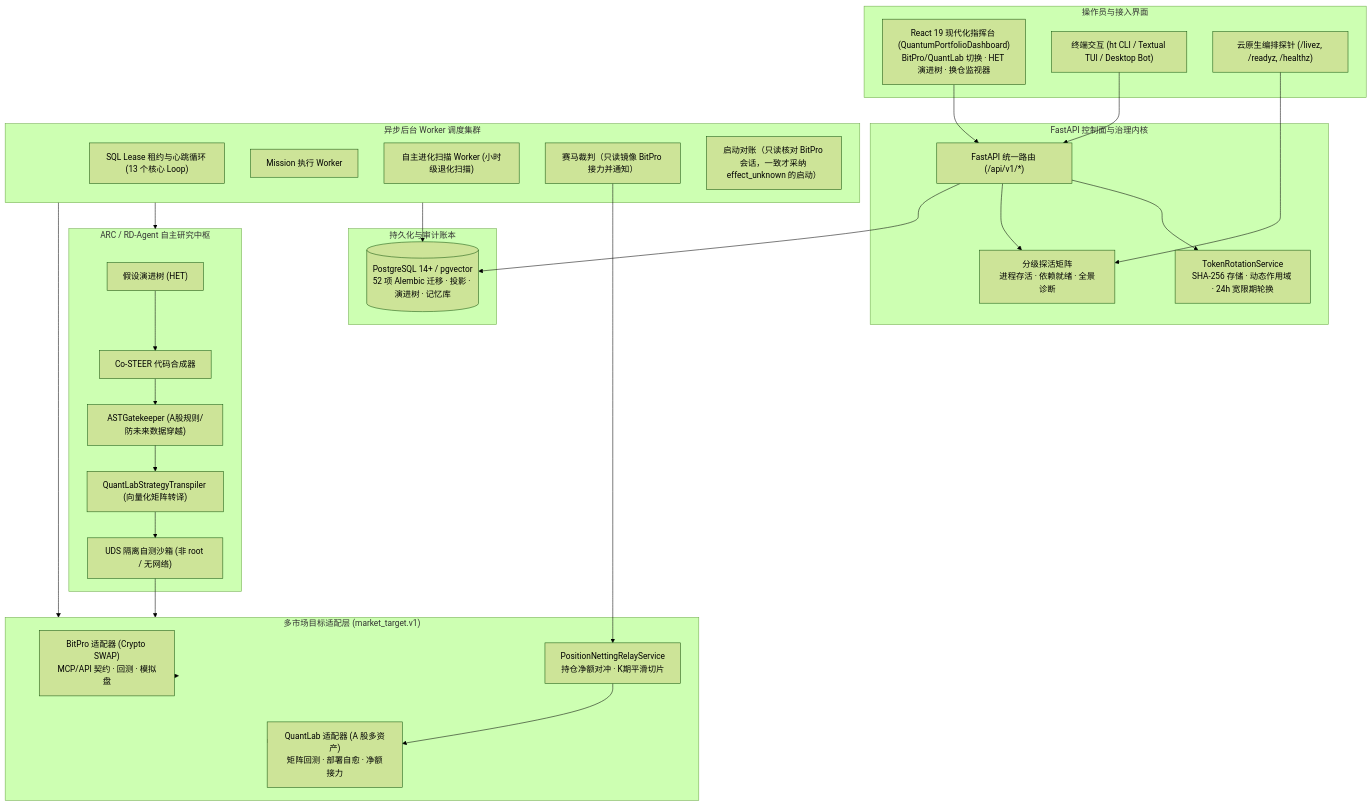
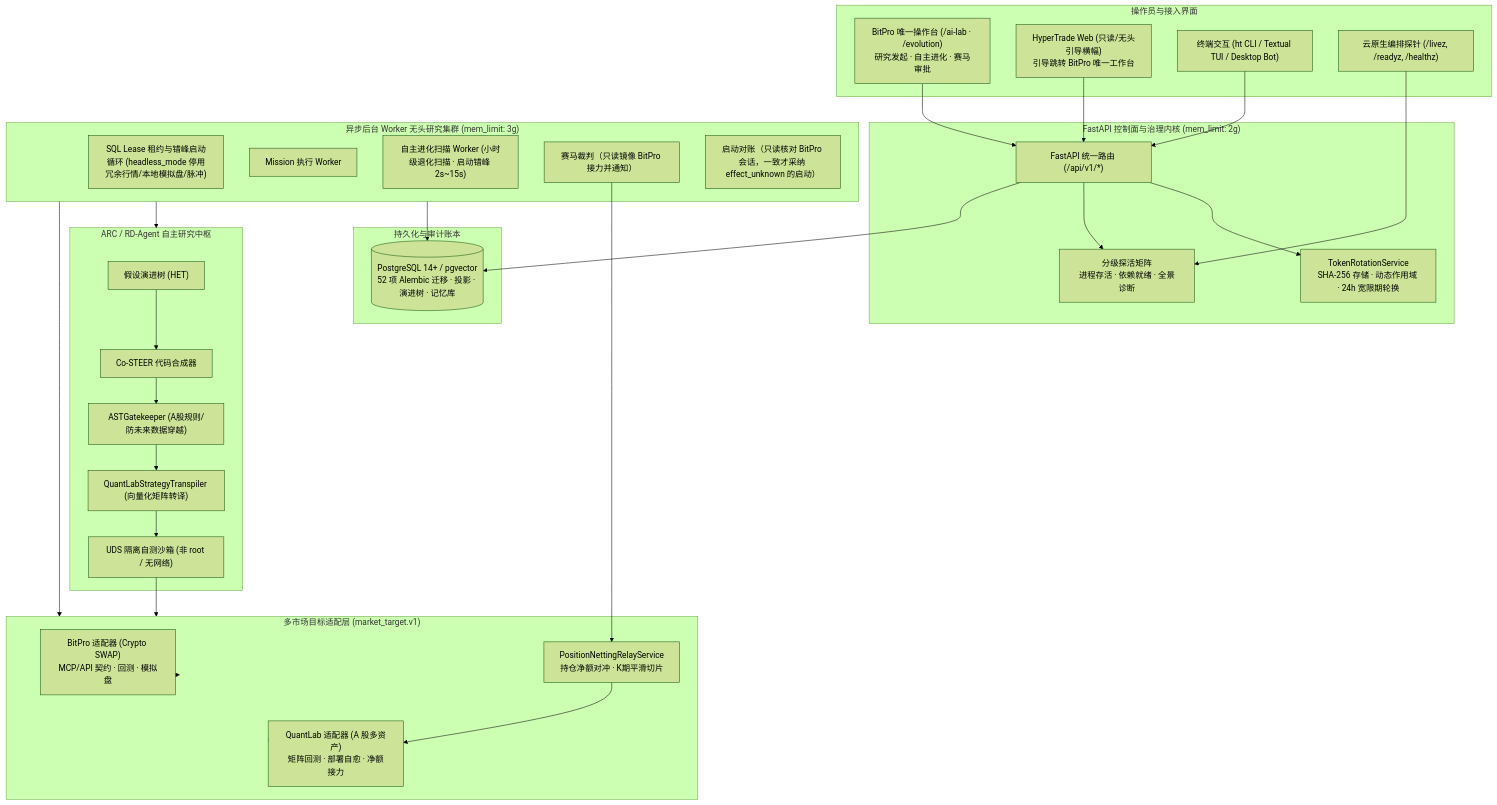
The diagram in docs/architecture/33-system-architecture.md (Shadowell/HyperTrade), drawn with Mermaid (forest theme) before and after one commit. The commit also changed other lines of this file and 7 other files, not shown here.

Commit message:
docs: sync headless engine contract, architecture docs, READMEs, and Dependabot audit

````diff
--- a/docs/architecture/33-system-architecture.md
+++ b/docs/architecture/33-system-architecture.md
@@ -50,56 +52,58 @@
 ```mermaid
 flowchart TB
   subgraph Surfaces["操作员与接入界面"]
-    Web["React 19 现代化指挥台 (QuantumPortfolioDashboard)<br/>BitPro/QuantLab 切换 · HET 演进树 · 换仓监视器"]
+    BitProUI["BitPro 唯一操作台 (/ai-lab · /evolution)<br/>研究发起 · 自主进化 · 赛马审批"]
+    Web["HyperTrade Web (只读/无头引导横幅)<br/>引导跳转 BitPro 唯一工作台"]
     CLI["终端交互 (ht CLI / Textual TUI / Desktop Bot)"]
     K8s["云原生编排探针 (/livez, /readyz, /healthz)"]
   end
 
-  subgraph ControlPlane["FastAPI 控制面与治理内核"]
+  subgraph ControlPlane["FastAPI 控制面与治理内核 (mem_limit: 2g)"]
     API["FastAPI 统一路由 (/api/v1/*)"]
     TokenManager["TokenRotationService<br/>SHA-256 存储 · 动态作用域 · 24h 宽限期轮换"]
     HealthProbes["分级探活矩阵<br/>进程存活 · 依赖就绪 · 全景诊断"]
     API --> TokenManager
     API --> HealthProbes
   end
 
-  subgraph WorkerCore["异步后台 Worker 调度集群"]
-    WorkerLoop["SQL Lease 租约与心跳循环 (13 个核心 Loop)"]
+  subgraph WorkerCore["异步后台 Worker 无头研究集群 (mem_limit: 3g)"]
+    WorkerLoop["SQL Lease 租约与错峰启动循环 (headless_mode 停用冗余行情/本地模拟盘/脉冲)"]
     MissionWorker["Mission 执行 Worker"]
-    EvolutionWorker["自主进化扫描 Worker (小时级退化扫描)"]
+    EvolutionWorker["自主进化扫描 Worker (小时级退化扫描 · 启动错峰 2s~15s)"]
     RaceJudgeWorker["赛马裁判（只读镜像 BitPro 接力并通知）"]
     PaperEffectReconciler["启动对账（只读核对 BitPro 会话，一致才采纳 effect_unknown 的启动）"]
   end
 
   subgraph ResearchEngine["ARC / RD-Agent 自主研究中枢"]
     HET["假设演进树 (HET)"]
     CoSTEER["Co-STEER 代码合成器"]
     ASTGate["ASTGatekeeper (A股规则/防未来数据穿越)"]
     Transpiler["QuantLabStrategyTranspiler (向量化矩阵转译)"]
     Sandbox["UDS 隔离自测沙箱 (非 root / 无网络)"]
     
     HET --> CoSTEER --> ASTGate --> Transpiler --> Sandbox
   end
 
   subgraph TargetAdapters["多市场目标适配层 (market_target.v1)"]
     BitProAdapter["BitPro 适配器 (Crypto SWAP)<br/>MCP/API 契约 · 回测 · 模拟盘"]
     QuantLabAdapter["QuantLab 适配器 (A 股多资产)<br/>矩阵回测 · 部署自愈 · 净额接力"]
     NettingService["PositionNettingRelayService<br/>持仓净额对冲 · K期平滑切片"]
   end
 
   subgraph Persistence["持久化与审计账本"]
     PG[("PostgreSQL 14+ / pgvector<br/>52 项 Alembic 迁移 · 投影 · 演进树 · 记忆库")]
   end
 
+  BitProUI --> API
   Web --> API
   CLI --> API
   K8s --> HealthProbes
   API --> PG
   WorkerCore --> PG
   WorkerCore --> ResearchEngine
   WorkerCore --> TargetAdapters
   Sandbox --> TargetAdapters
   RaceJudgeWorker --> NettingService --> QuantLabAdapter
   TargetAdapters --> BitProAdapter
   TargetAdapters --> QuantLabAdapter
 ```
````
